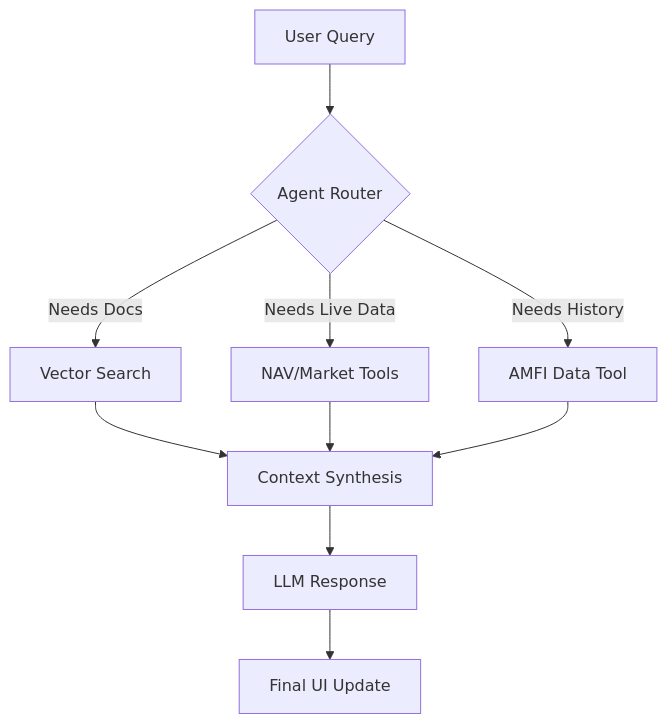
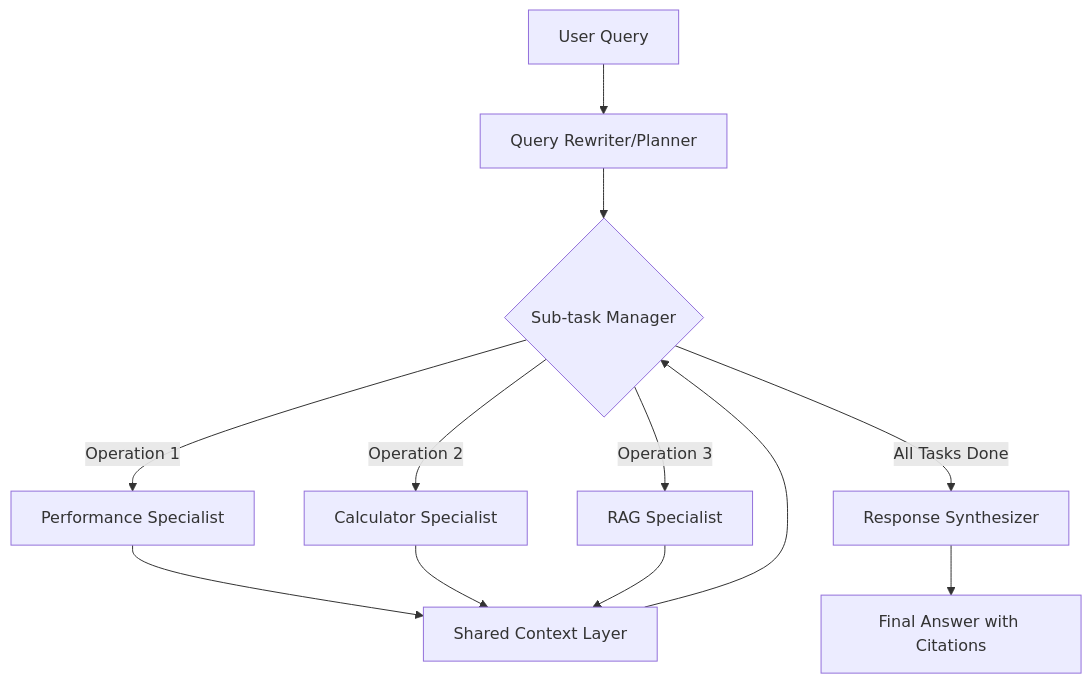
The first of 2 diagrams in README.md (Geeky-Sam01/agentic-research-rag), drawn with Mermaid before and after one commit. The commit also changed other lines of this file, not shown here.

````diff
--- a/README.md
+++ b/README.md
@@ -36,12 +37,12 @@
 ```mermaid
 graph TD
-    A[User Query] --> B{Agent Router}
-    B -- Needs Docs --> C[Vector Search]
-    B -- Needs Live Data --> D[NAV/Market Tools]
-    B -- Needs History --> E[AMFI Data Tool]
-    C --> F[Context Synthesis]
-    D --> F
-    E --> F
-    F --> G[LLM Response]
-    G --> H[Final UI Update]
+    A[User Query] --> B[Query Rewriter/Planner]
+    B --> C{Sub-task Manager}
+    C -- Operation 1 --> D[Performance Specialist]
+    C -- Operation 2 --> E[Calculator Specialist]
+    C -- Operation 3 --> F[RAG Specialist]
+    D & E & F --> G[Shared Context Layer]
+    G --> C
+    C -- All Tasks Done --> H[Response Synthesizer]
+    H --> I[Final Answer with Citations]
 ```
````
